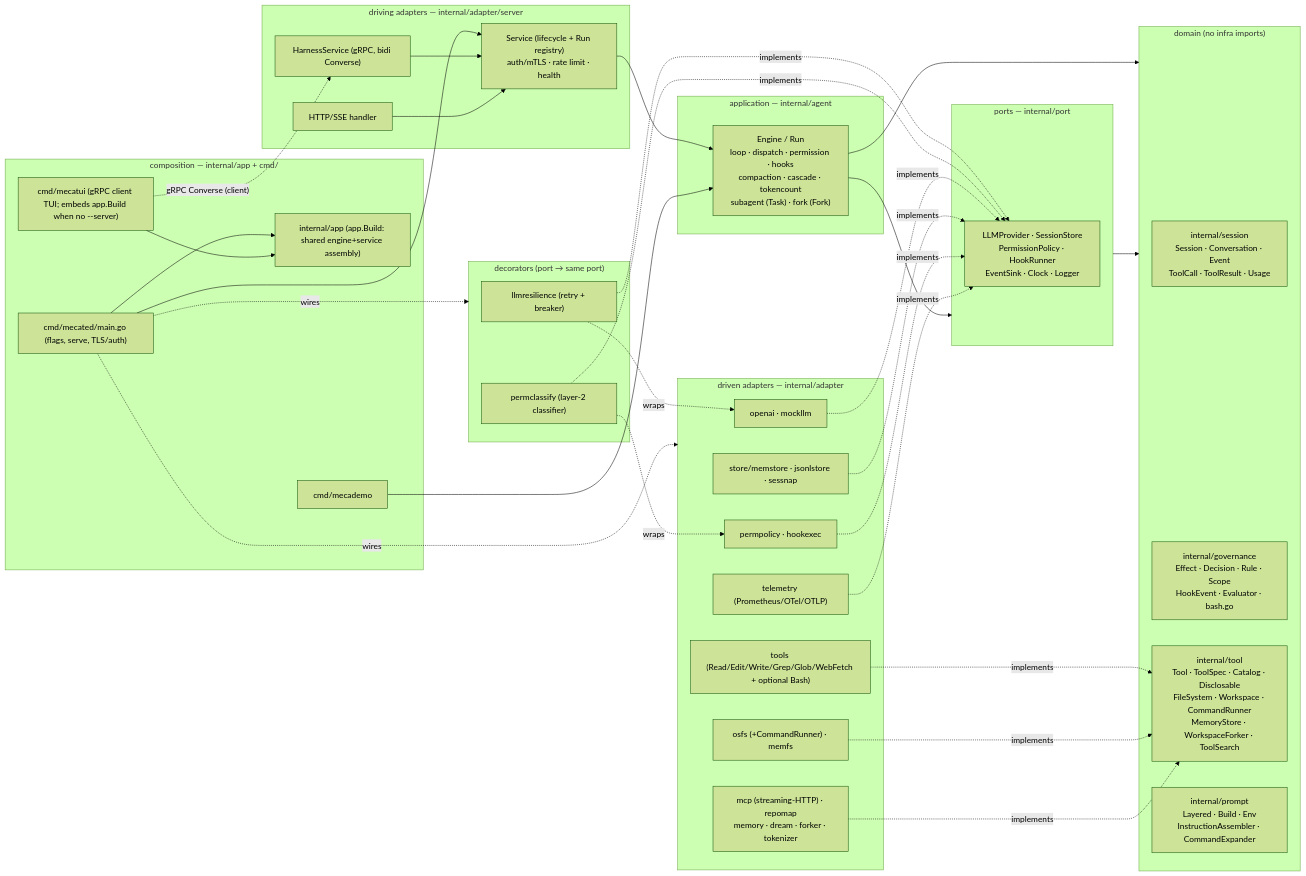
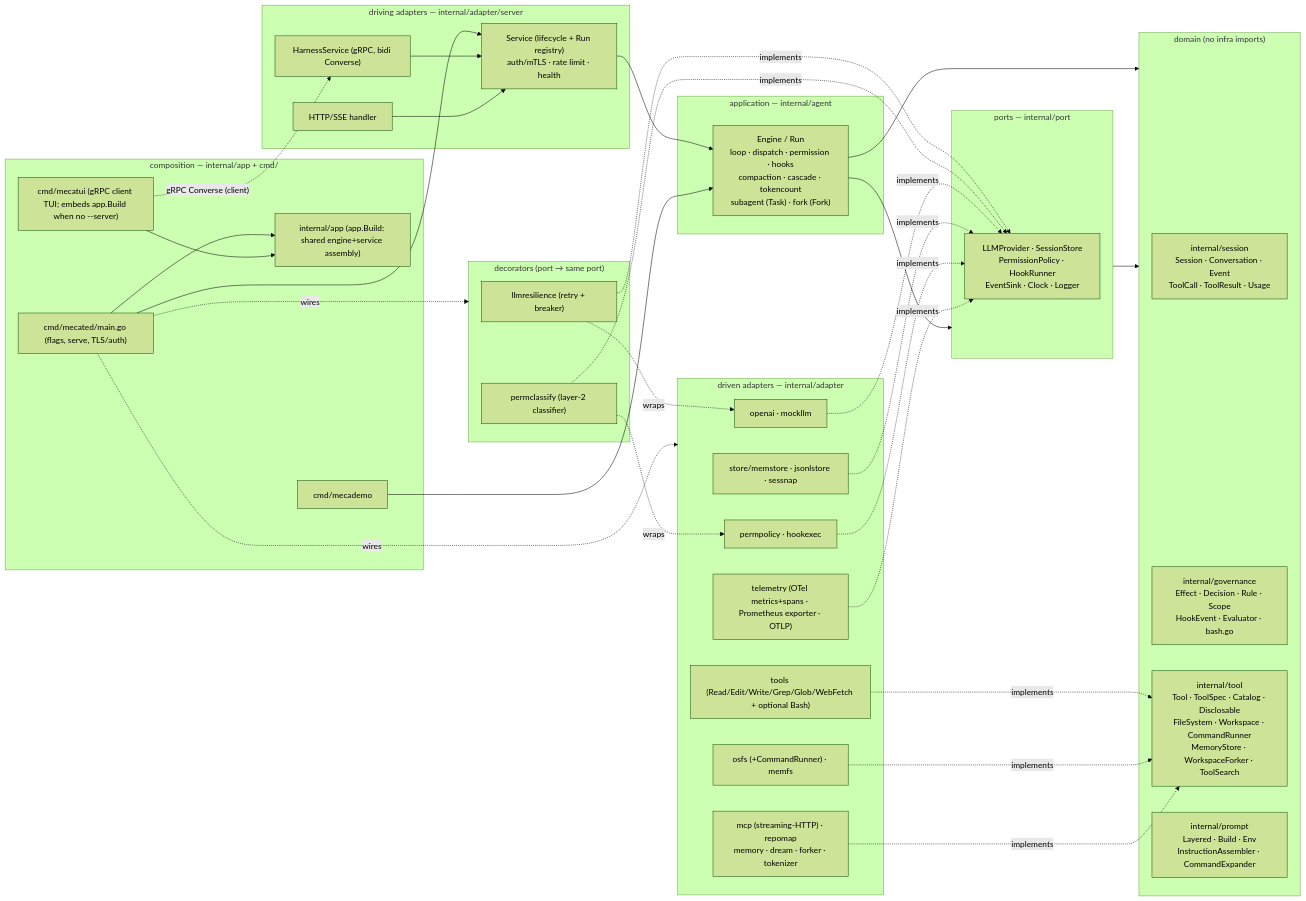
One commit to sabbanis/mecatl changed the first of 4 diagrams in docs/architecture.md. Above: the diagram before and after it, drawn with Mermaid (forest theme). The commit also changed other lines of this file and 7 other files, not shown here.

First line of the commit message:
feat(telemetry): migrate domain metrics to the OpenTelemetry metrics SDK

````diff
--- a/docs/architecture.md
+++ b/docs/architecture.md
@@ -40,69 +41,69 @@
 ```mermaid
 flowchart LR
   subgraph CMD["composition — internal/app + cmd/"]
     app["internal/app (app.Build: shared engine+service assembly)"]
     mecated["cmd/mecated/main.go (flags, serve, TLS/auth)"]
     demo["cmd/mecademo"]
     tui["cmd/mecatui (gRPC client TUI; embeds app.Build when no --server)"]
     mecated --> app
     tui --> app
   end
 
   subgraph DRIVING["driving adapters — internal/adapter/server"]
     grpc["HarnessService (gRPC, bidi Converse)"]
     http["HTTP/SSE handler"]
     svc["Service (lifecycle + Run registry)\nauth/mTLS · rate limit · health"]
   end
 
   subgraph APP["application — internal/agent"]
     engine["Engine / Run\nloop · dispatch · permission · hooks\ncompaction · cascade · tokencount\nsubagent (Task) · fork (Fork)"]
   end
 
   subgraph PORTS["ports — internal/port"]
     p["LLMProvider · SessionStore\nPermissionPolicy · HookRunner\nEventSink · Clock · Logger"]
   end
 
   subgraph DOMAIN["domain (no infra imports)"]
     sess["internal/session\nSession · Conversation · Event\nToolCall · ToolResult · Usage"]
     gov["internal/governance\nEffect · Decision · Rule · Scope\nHookEvent · Evaluator · bash.go"]
     tl["internal/tool\nTool · ToolSpec · Catalog · Disclosable\nFileSystem · Workspace · CommandRunner\nMemoryStore · WorkspaceForker · ToolSearch"]
     pr["internal/prompt\nLayered · Build · Env\nInstructionAssembler · CommandExpander"]
   end
 
   subgraph DECOR["decorators (port → same port)"]
     res["llmresilience (retry + breaker)"]
     pc["permclassify (layer-2 classifier)"]
   end
 
   subgraph DRIVEN["driven adapters — internal/adapter"]
     oai["openai · mockllm"]
     fs["osfs (+CommandRunner) · memfs"]
     st["store/memstore · jsonlstore · sessnap"]
     tools["tools (Read/Edit/Write/Grep/Glob/WebFetch + optional Bash)"]
     pp["permpolicy · hookexec"]
-    tel["telemetry (Prometheus/OTel/OTLP)"]
+    tel["telemetry (OTel metrics+spans · Prometheus exporter · OTLP)"]
     ext["mcp (streaming-HTTP) · repomap\nmemory · dream · forker · tokenizer"]
   end
 
   mecated --> svc --> engine
   demo --> engine
   tui -. "gRPC Converse (client)" .-> grpc
   grpc --> svc
   http --> svc
   engine --> PORTS
   engine --> DOMAIN
   PORTS --> DOMAIN
   res -.wraps.-> oai
   res -.implements.-> p
   pc -.wraps.-> pp
   pc -.implements.-> p
   oai -.implements.-> p
   st -.implements.-> p
   pp -.implements.-> p
   tel -.implements.-> p
   tools -.implements.-> tl
   fs -.implements.-> tl
   ext -.implements.-> tl
   mecated -. wires .-> DRIVEN
   mecated -. wires .-> DECOR
 ```
````
